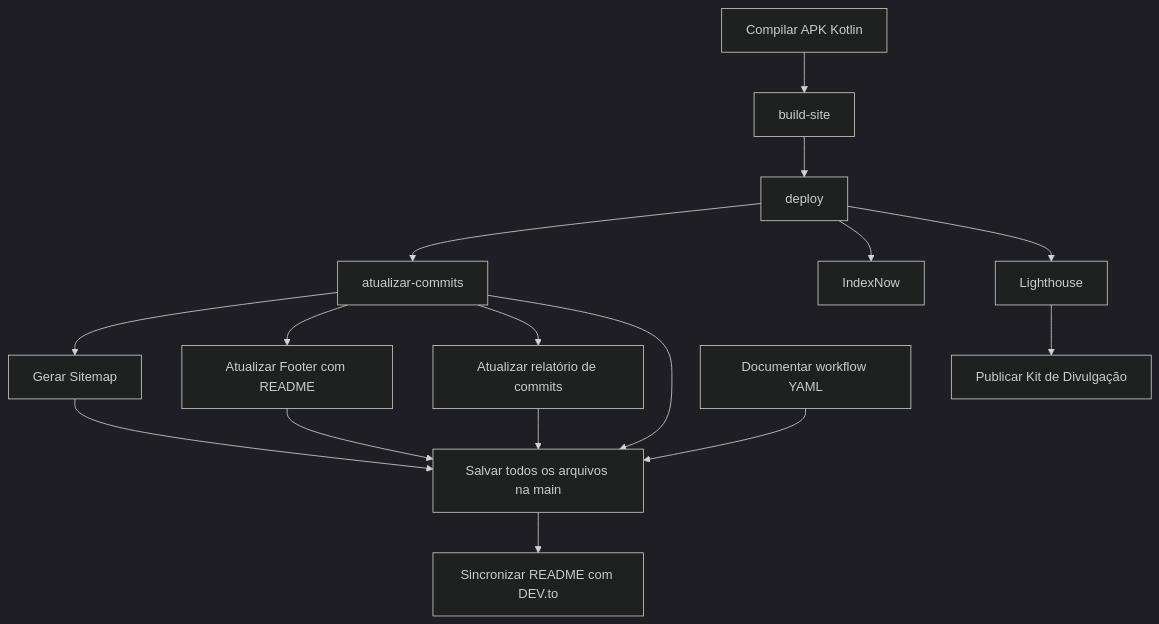
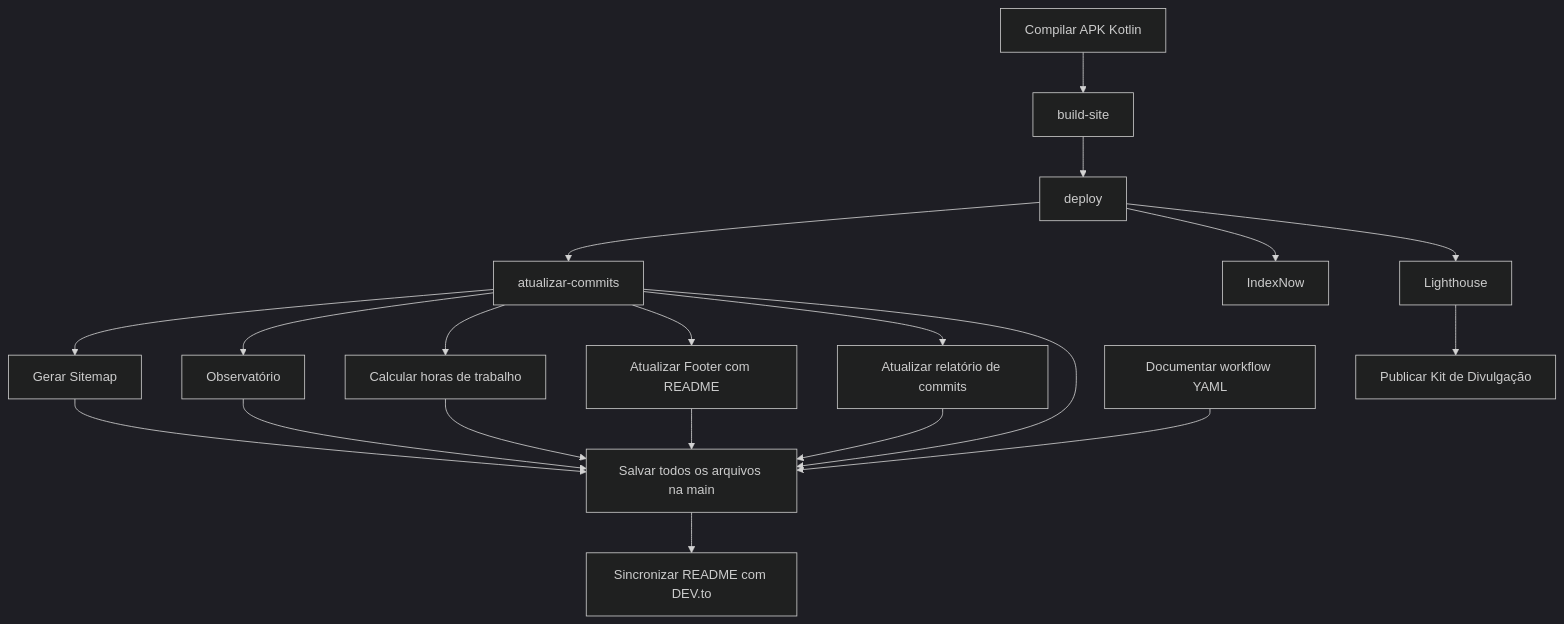
The diagram in pesquisas/workflow.md (mulher-amparada/mulher-amparada-app), drawn with Mermaid (dark theme) before and after one commit. The commit also changed other lines of this file and 5 other files, not shown here.

````diff
--- a/pesquisas/workflow.md
+++ b/pesquisas/workflow.md
@@ -30,31 +32,37 @@
 ```mermaid
 flowchart TD
     job_build["Compilar APK Kotlin"]
     job_build_site["build-site"]
     job_deploy["deploy"]
     job_atualizar_commits["atualizar-commits"]
     job_sincronizar_devto["Sincronizar README com DEV.to"]
     job_sitemap["Gerar Sitemap"]
     job_indexnow["IndexNow"]
     job_lighthouse["Lighthouse"]
     job_publicar_divulgacao["Publicar Kit de Divulgação"]
+    job_observatorio["Observatório"]
+    job_horas_trabalho["Calcular horas de trabalho"]
     job_atualizar_footer["Atualizar Footer com README"]
     job_atualizar_relatorio_commits["Atualizar relatório de commits"]
     job_pesquisar_projeto["Documentar workflow YAML"]
     job_salvar_na_main["Salvar todos os arquivos na main"]
     job_build --> job_build_site
     job_build_site --> job_deploy
     job_deploy --> job_atualizar_commits
     job_salvar_na_main --> job_sincronizar_devto
     job_atualizar_commits --> job_sitemap
     job_deploy --> job_indexnow
     job_deploy --> job_lighthouse
     job_lighthouse --> job_publicar_divulgacao
+    job_atualizar_commits --> job_observatorio
+    job_atualizar_commits --> job_horas_trabalho
     job_atualizar_commits --> job_atualizar_footer
     job_atualizar_commits --> job_atualizar_relatorio_commits
     job_atualizar_commits --> job_salvar_na_main
     job_sitemap --> job_salvar_na_main
     job_atualizar_footer --> job_salvar_na_main
     job_atualizar_relatorio_commits --> job_salvar_na_main
     job_pesquisar_projeto --> job_salvar_na_main
+    job_observatorio --> job_salvar_na_main
+    job_horas_trabalho --> job_salvar_na_main
 ```
````
